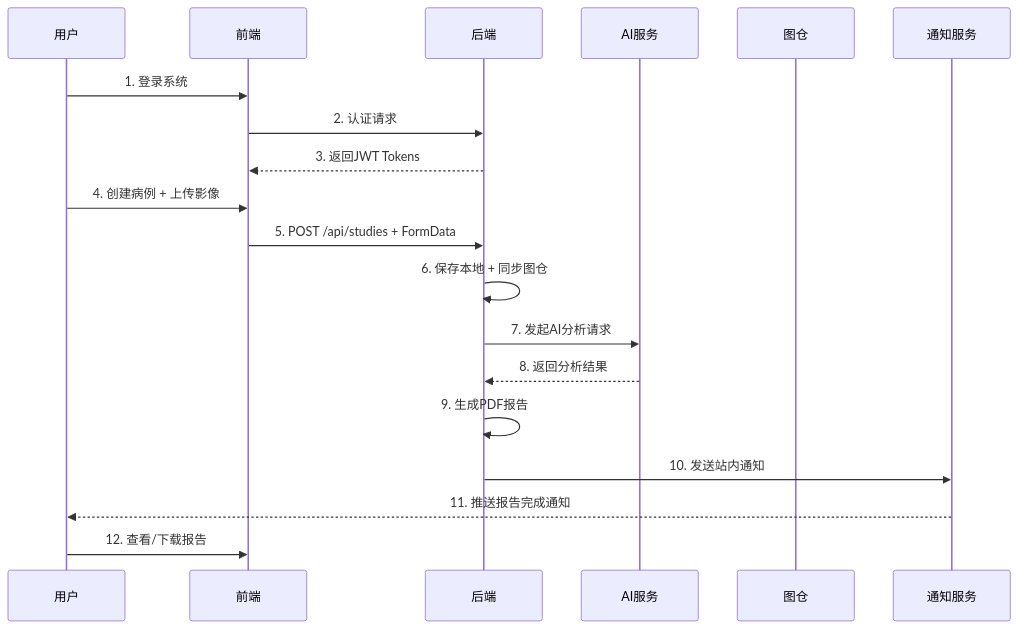
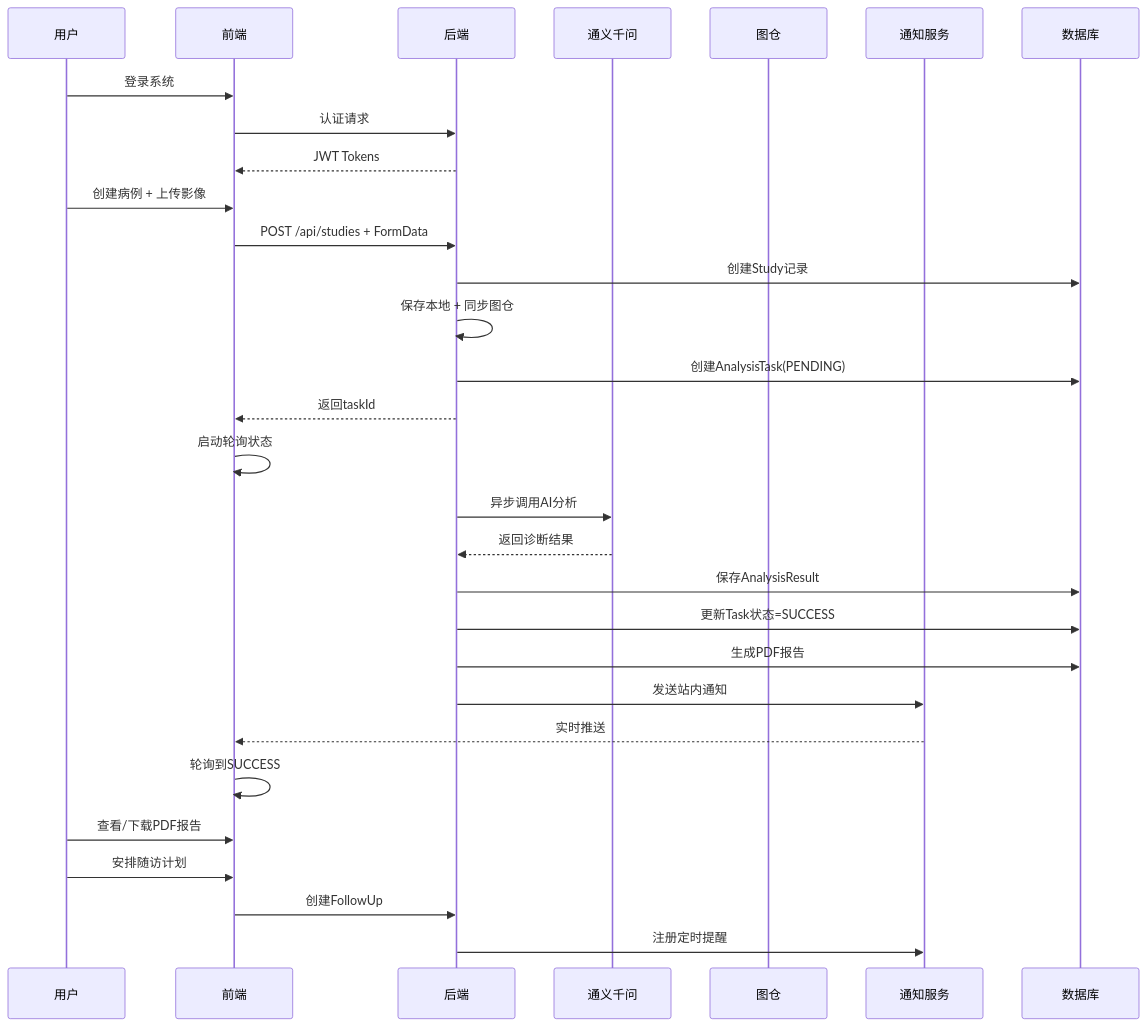
Before and after one commit to xingranya/CervixDetectAI: the fourth of 14 diagrams in 项目技术报告.md, drawn with Mermaid. The commit also changed other lines of this file and 4 other files, not shown here.

````diff
--- a/项目技术报告.md
+++ b/项目技术报告.md
@@ -291,22 +256,35 @@
 ```mermaid
 sequenceDiagram
-    participant 用户
-    participant 前端
-    participant 后端
-    participant AI服务
-    participant 图仓
-    participant 通知服务
+    participant U as 用户
+    participant FE as 前端
+    participant BE as 后端
+    participant AI as 通义千问
+    participant TC as 图仓
+    participant NT as 通知服务
+    participant DB as 数据库
 
-    用户->>前端: 1. 登录系统
-    前端->>后端: 2. 认证请求
-    后端-->>前端: 3. 返回JWT Tokens
-    用户->>前端: 4. 创建病例 + 上传影像
-    前端->>后端: 5. POST /api/studies + FormData
-    后端->>后端: 6. 保存本地 + 同步图仓
-    后端->>AI服务: 7. 发起AI分析请求
-    AI服务-->>后端: 8. 返回分析结果
-    后端->>后端: 9. 生成PDF报告
-    后端->>通知服务: 10. 发送站内通知
-    通知服务-->>用户: 11. 推送报告完成通知
-    用户->>前端: 12. 查看/下载报告
+    U->>FE: 登录系统
+    FE->>BE: 认证请求
+    BE-->>FE: JWT Tokens
+    U->>FE: 创建病例 + 上传影像
+    FE->>BE: POST /api/studies + FormData
+    BE->>DB: 创建Study记录
+    BE->>BE: 保存本地 + 同步图仓
+    BE->>DB: 创建AnalysisTask(PENDING)
+    BE-->>FE: 返回taskId
+    FE->>FE: 启动轮询状态
+
+    BE->>AI: 异步调用AI分析
+    AI-->>BE: 返回诊断结果
+    BE->>DB: 保存AnalysisResult
+    BE->>DB: 更新Task状态=SUCCESS
+    BE->>DB: 生成PDF报告
+    BE->>NT: 发送站内通知
+    NT-->>FE: 实时推送
+
+    FE->>FE: 轮询到SUCCESS
+    U->>FE: 查看/下载PDF报告
+    U->>FE: 安排随访计划
+    FE->>BE: 创建FollowUp
+    BE->>NT: 注册定时提醒
 ```
````
